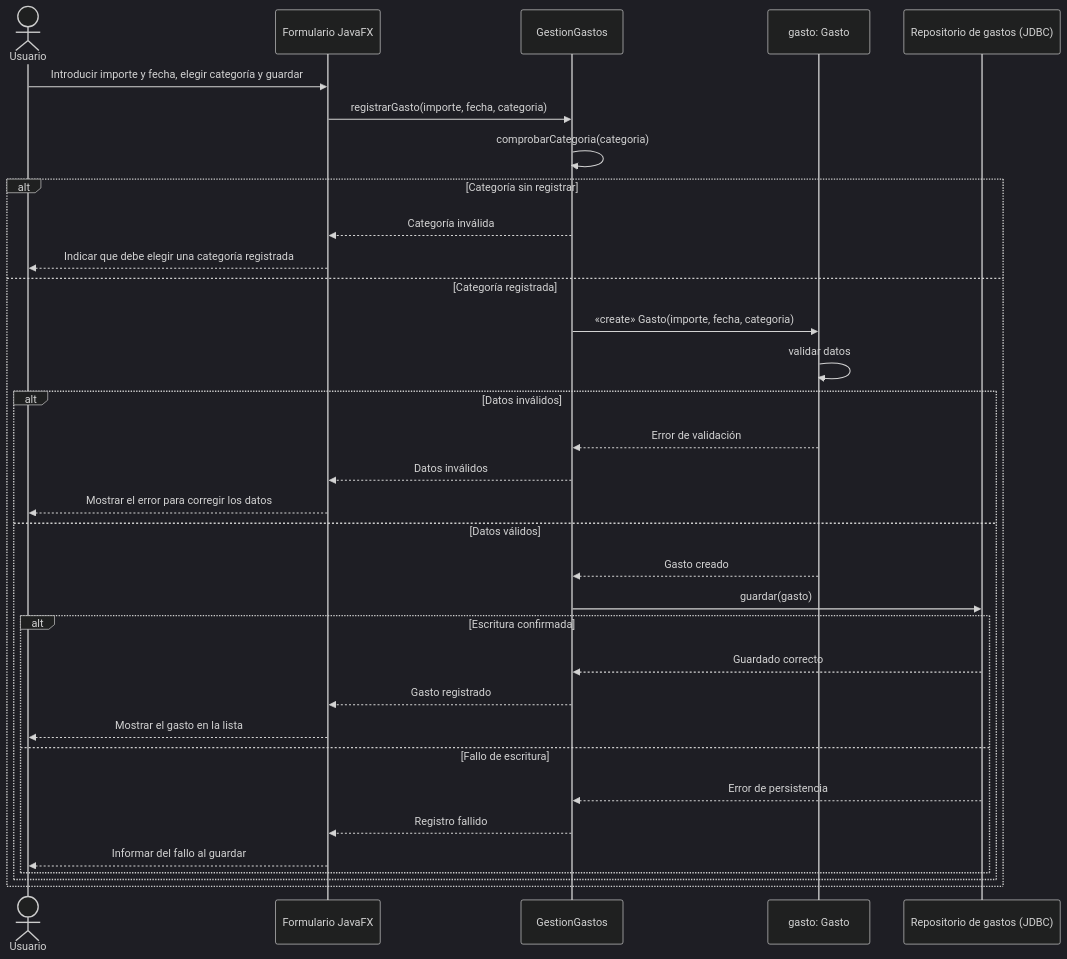
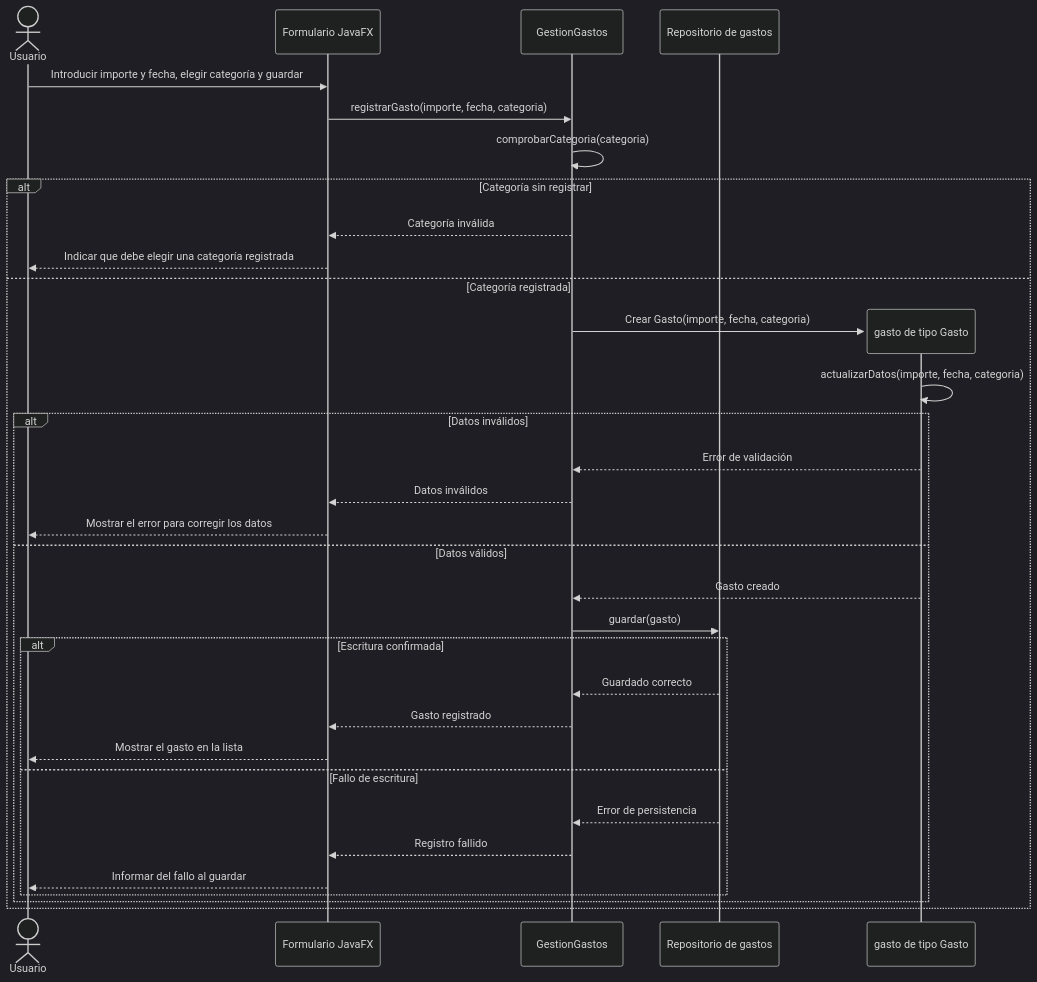
Before and after one commit to mariogabarron/TDS-Mario-Carmen: the diagram in docs/diagrama-interaccion-hu01.md, drawn with Mermaid (dark theme). The commit also changed other lines of this file and 3 other files, not shown here.

````diff
--- a/docs/diagrama-interaccion-hu01.md
+++ b/docs/diagrama-interaccion-hu01.md
@@ -9,35 +9,35 @@
 ```mermaid
 sequenceDiagram
     actor U as Usuario
     participant V as Formulario JavaFX
     participant C as GestionGastos
-    participant G as gasto: Gasto
-    participant R as Repositorio de gastos (JDBC)
+    participant R as Repositorio de gastos
     U->>V: Introducir importe y fecha, elegir categoría y guardar
     V->>C: registrarGasto(importe, fecha, categoria)
     C->>C: comprobarCategoria(categoria)
     alt Categoría sin registrar
         C-->>V: Categoría inválida
         V-->>U: Indicar que debe elegir una categoría registrada
     else Categoría registrada
-        C->>G: «create» Gasto(importe, fecha, categoria)
-        G->>G: validar datos
+        create participant G as gasto de tipo Gasto
+        C->>G: Crear Gasto(importe, fecha, categoria)
+        G->>G: actualizarDatos(importe, fecha, categoria)
         alt Datos inválidos
             G-->>C: Error de validación
             C-->>V: Datos inválidos
             V-->>U: Mostrar el error para corregir los datos
         else Datos válidos
             G-->>C: Gasto creado
             C->>R: guardar(gasto)
             alt Escritura confirmada
                 R-->>C: Guardado correcto
                 C-->>V: Gasto registrado
                 V-->>U: Mostrar el gasto en la lista
             else Fallo de escritura
                 R-->>C: Error de persistencia
                 C-->>V: Registro fallido
                 V-->>U: Informar del fallo al guardar
             end
         end
     end
 ```
````
